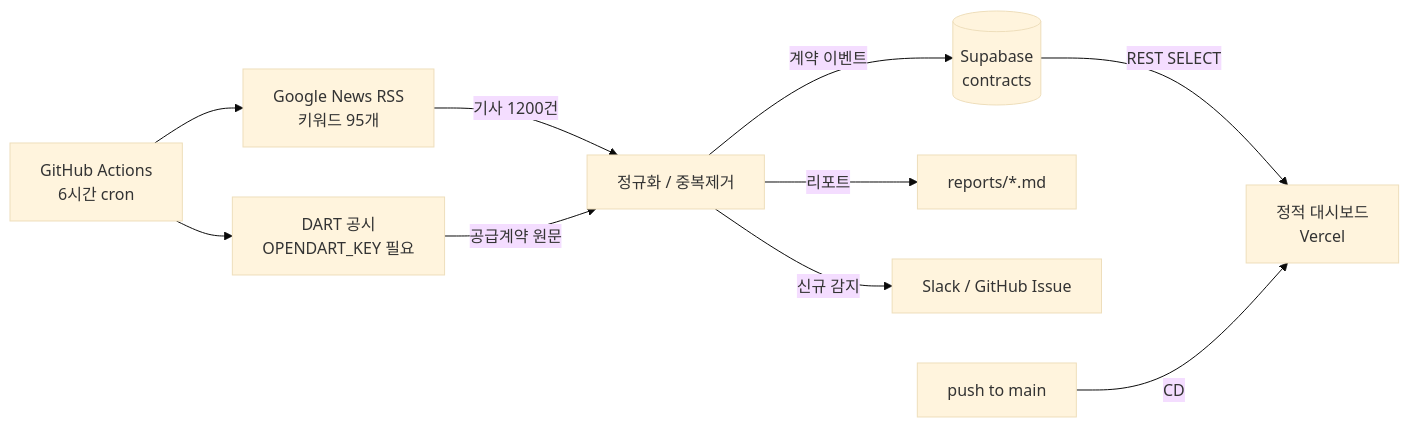
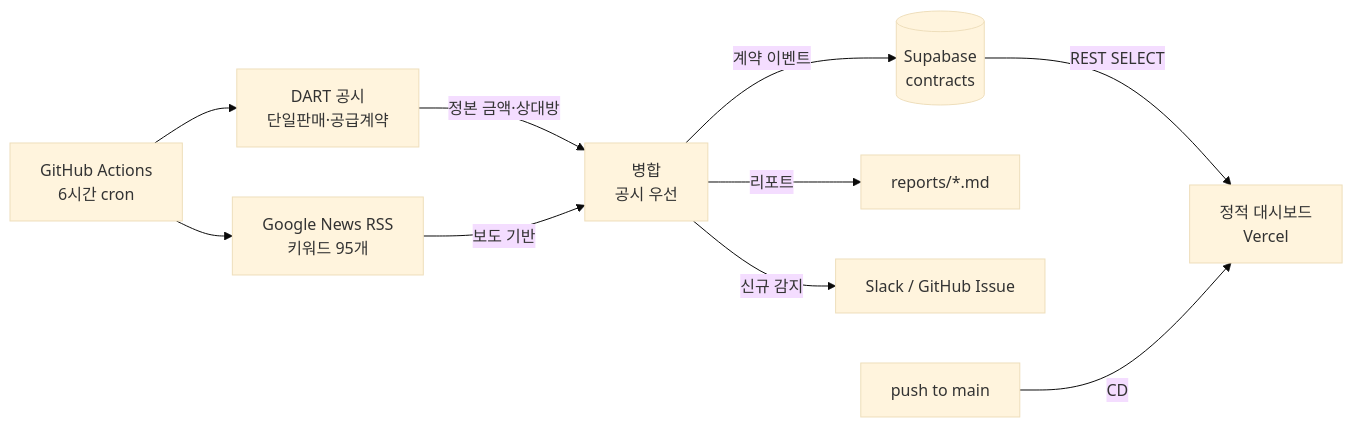
The first of 2 diagrams in README.md (taming85/test-project), drawn with Mermaid (base theme) before and after one commit. The commit also changed other lines of this file and 9 other files, not shown here.

````diff
--- a/README.md
+++ b/README.md
@@ -38,12 +40,12 @@
 ```mermaid
 flowchart LR
-  A["Google News RSS<br/>키워드 95개"] -->|기사 1200건| C["정규화 / 중복제거"]
-  B["DART 공시<br/>OPENDART_KEY 필요"] -->|공급계약 원문| C
+  B["DART 공시<br/>단일판매·공급계약"] -->|정본 금액·상대방| C["병합<br/>공시 우선"]
+  A["Google News RSS<br/>키워드 95개"] -->|보도 기반| C
   C -->|계약 이벤트| D[("Supabase<br/>contracts")]
   C -->|리포트| E["reports/*.md"]
   C -->|신규 감지| F["Slack / GitHub Issue"]
   D -->|REST SELECT| G["정적 대시보드<br/>Vercel"]
   H["GitHub Actions<br/>6시간 cron"] --> A
   H --> B
   I["push to main"] -->|CD| G
 ```
````
